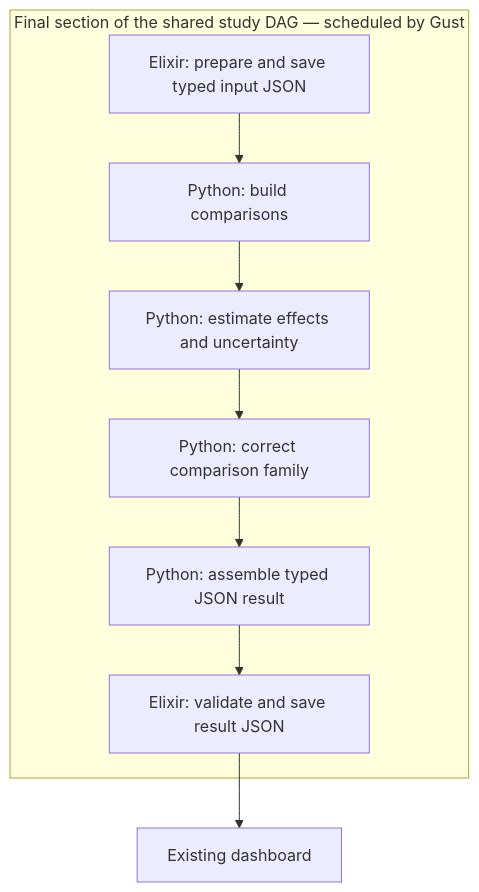
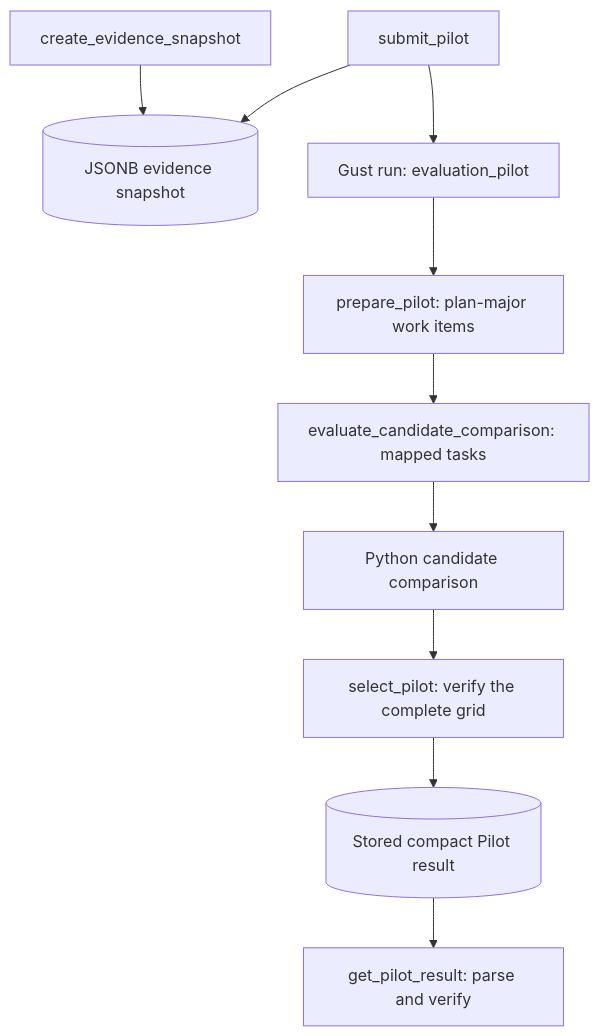
The fourth of 4 diagrams in docs/inprogress/evaluation-pipeline.md (michalo1334/master_thesis), drawn with Mermaid before and after one commit. The commit also changed other lines of this file and 10 other files, not shown here.

````diff
--- a/docs/inprogress/evaluation-pipeline.md
+++ b/docs/inprogress/evaluation-pipeline.md
@@ -133,11 +235,12 @@
 ```mermaid
 flowchart TD
-    subgraph DAG["Final section of the shared study DAG — scheduled by Gust"]
-        EVIDENCE["Elixir: prepare and save typed input JSON"] --> COMPARE["Python: build comparisons"]
-        COMPARE --> ESTIMATE["Python: estimate effects and uncertainty"]
-        ESTIMATE --> CORRECT["Python: correct comparison family"]
-        CORRECT --> RESULT["Python: assemble typed JSON result"]
-        RESULT --> VERIFY["Elixir: validate and save result JSON"]
-    end
-    VERIFY --> UI["Existing dashboard"]
+    I["create_evidence_snapshot"] --> D[("JSONB evidence snapshot")]
+    S["submit_pilot"] --> D
+    S --> R["Gust run: evaluation_pilot"]
+    R --> P["prepare_pilot: plan-major work items"]
+    P --> E["evaluate_candidate_comparison: mapped tasks"]
+    E --> C["Python candidate comparison"]
+    C --> X["select_pilot: verify the complete grid"]
+    X --> T[("Stored compact Pilot result")]
+    T --> G["get_pilot_result: parse and verify"]
 ```
````
